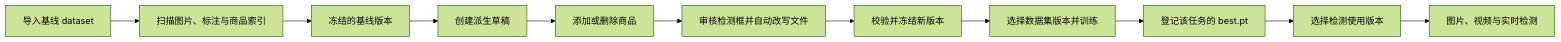
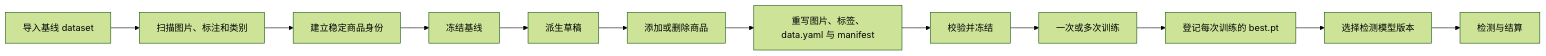
The second of 2 diagrams in README.md (Azar233/agent-platform), drawn with Mermaid (forest theme) before and after one commit. The commit also changed other lines of this file, not shown here.

````diff
--- a/README.md
+++ b/README.md
@@ -622,13 +92,14 @@
 ```mermaid
 flowchart LR
-    Baseline["导入基线 dataset"] --> Index["扫描图片、标注与商品索引"]
-    Index --> FrozenBase["冻结的基线版本"]
-    FrozenBase --> Draft["创建派生草稿"]
+    Baseline["导入基线 dataset"] --> Index["扫描图片、标注和类别"]
+    Index --> Stable["建立稳定商品身份"]
+    Stable --> Frozen["冻结基线"]
+    Frozen --> Draft["派生草稿"]
     Draft --> Mutation["添加或删除商品"]
-    Mutation --> Review["审核检测框并自动改写文件"]
-    Review --> Validate["校验并冻结新版本"]
-    Validate --> Train["选择数据集版本并训练"]
-    Train --> Model["登记该任务的 best.pt"]
-    Model --> Select["选择检测使用版本"]
-    Select --> Detect["图片、视频与实时检测"]
+    Mutation --> Rewrite["重写图片、标签、data.yaml 与 manifest"]
+    Rewrite --> Validate["校验并冻结"]
+    Validate --> Train["一次或多次训练"]
+    Train --> Best["登记每次训练的 best.pt"]
+    Best --> Select["选择检测模型版本"]
+    Select --> Detect["检测与结算"]
 ```
````
